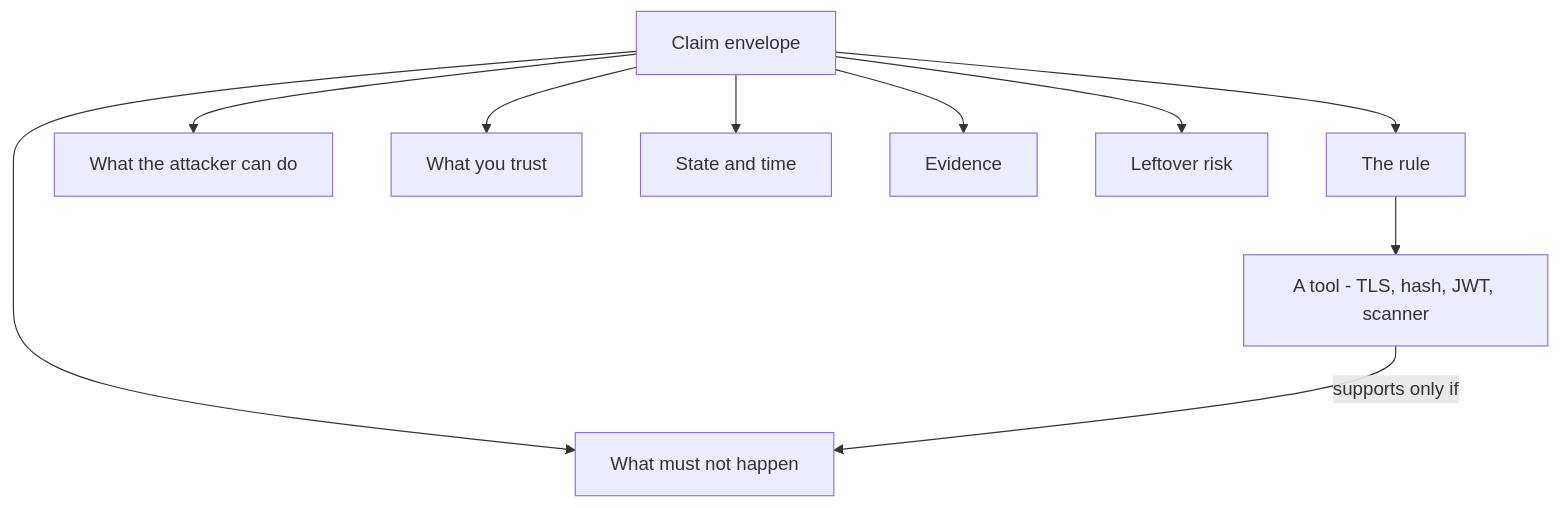
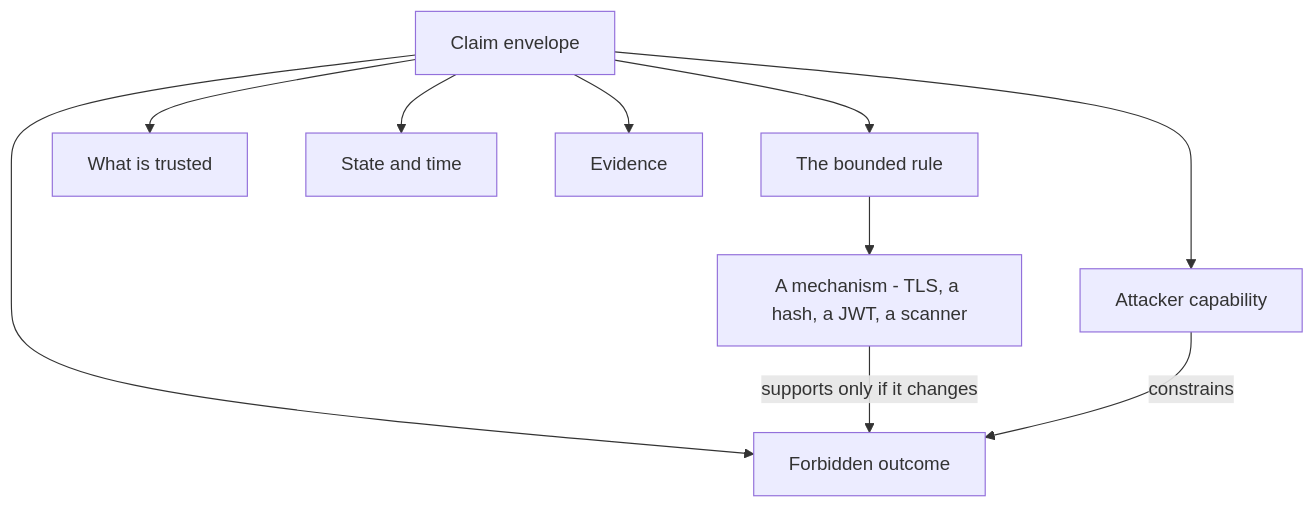
The diagram in content/modules/1/1.1/lessons/01-property-vs-mechanism.md (ishitvagoel/LearnSecurity), drawn with Mermaid before and after one commit. The commit also changed other lines of this file and 16 other files, not shown here.

````diff
--- a/content/modules/1/1.1/lessons/01-property-vs-mechanism.md
+++ b/content/modules/1/1.1/lessons/01-property-vs-mechanism.md
@@ -42,12 +46,12 @@
 ```mermaid
 flowchart TD
-  Env[Claim envelope] --> I[The rule]
-  I --> M["A tool - TLS, hash, JWT, scanner"]
-  Env --> A[What the attacker can do]
-  Env --> T[What you trust]
+  Env[Claim envelope] --> Rule[The bounded rule]
+  Rule --> Mech["A mechanism - TLS, a hash, a JWT, a scanner"]
+  Env --> Atk[Attacker capability]
+  Env --> Trust[What is trusted]
   Env --> Time[State and time]
-  Env --> F[What must not happen]
-  Env --> E[Evidence]
-  Env --> R[Leftover risk]
-  M -->|supports only if| F
+  Env --> Forbid[Forbidden outcome]
+  Env --> Ev[Evidence]
+  Mech -->|supports only if it changes| Forbid
+  Atk -->|constrains| Forbid
 ```
````
